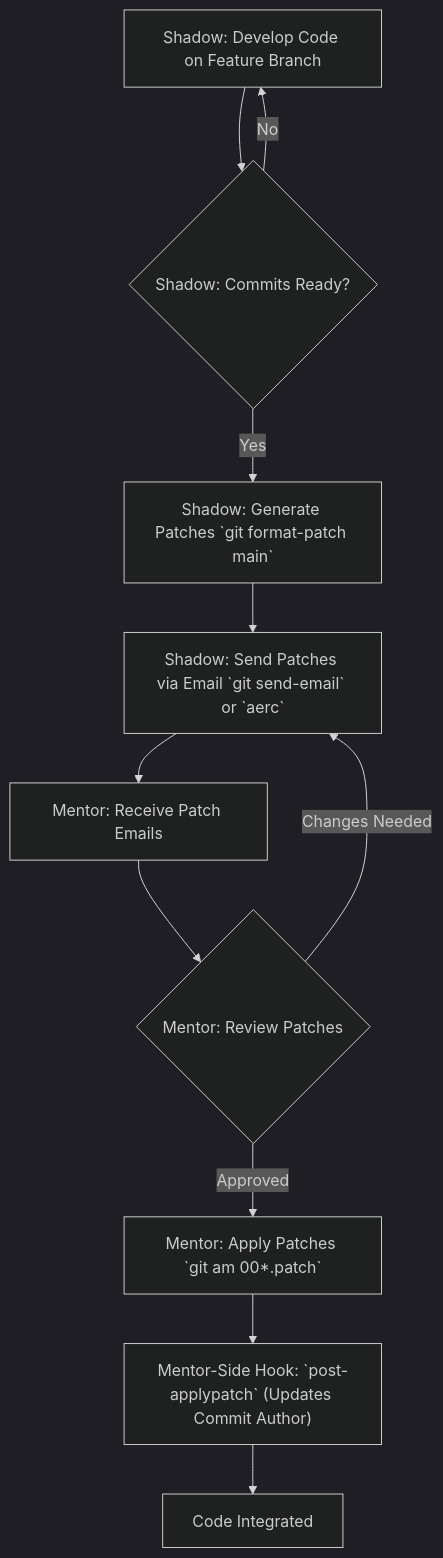
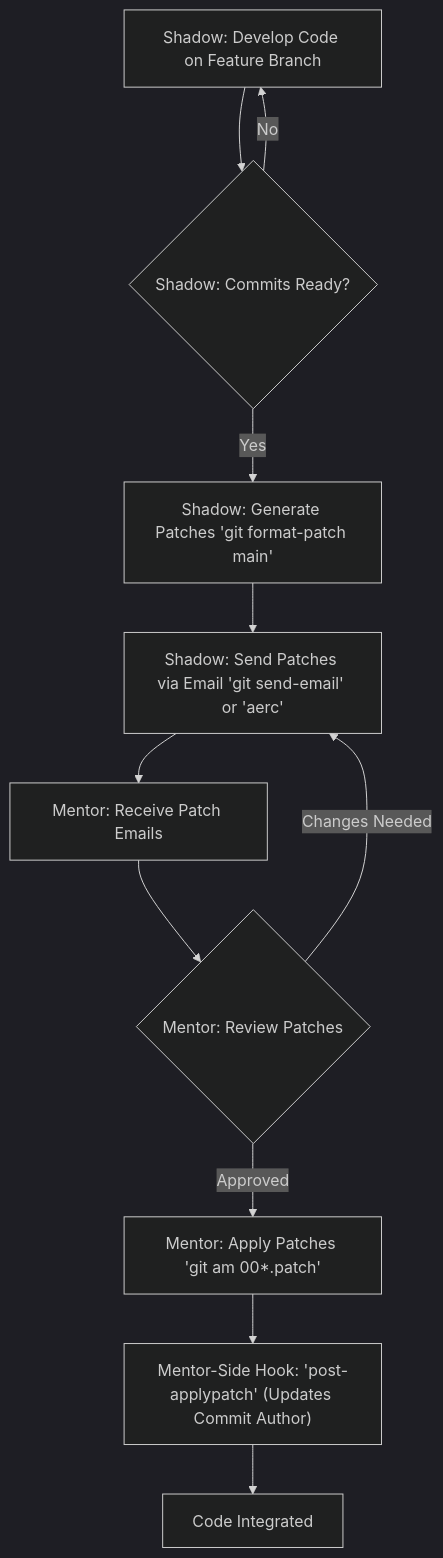
Before and after one commit to dwarvesf/playbook: the diagram in engineering/shadowing.md, drawn with Mermaid (dark theme).

Commit message:
fix: mermaid syntax

````diff
--- a/engineering/shadowing.md
+++ b/engineering/shadowing.md
@@ -26,13 +26,13 @@
 ```mermaid
 graph TD
     A["Shadow: Develop Code on Feature Branch"] --> B{"Shadow: Commits Ready?"};
-    B -- Yes --> C["Shadow: Generate Patches `git format-patch main`"];
-    C --> D["Shadow: Send Patches via Email `git send-email` or `aerc`"];
+    B -- Yes --> C["Shadow: Generate Patches 'git format-patch main'"];
+    C --> D["Shadow: Send Patches via Email 'git send-email' or 'aerc'"];
     D --> E["Mentor: Receive Patch Emails"];
     E --> F{"Mentor: Review Patches"};
-    F -- Approved --> G["Mentor: Apply Patches `git am 00*.patch`"];
-    G --> H["Mentor-Side Hook: `post-applypatch` (Updates Commit Author)"];
+    F -- Approved --> G["Mentor: Apply Patches 'git am 00*.patch'"];
+    G --> H["Mentor-Side Hook: 'post-applypatch' (Updates Commit Author)"];
     H --> I["Code Integrated"];
     B -- No --> A;
     F -- Changes Needed --> D;
 ```
````
